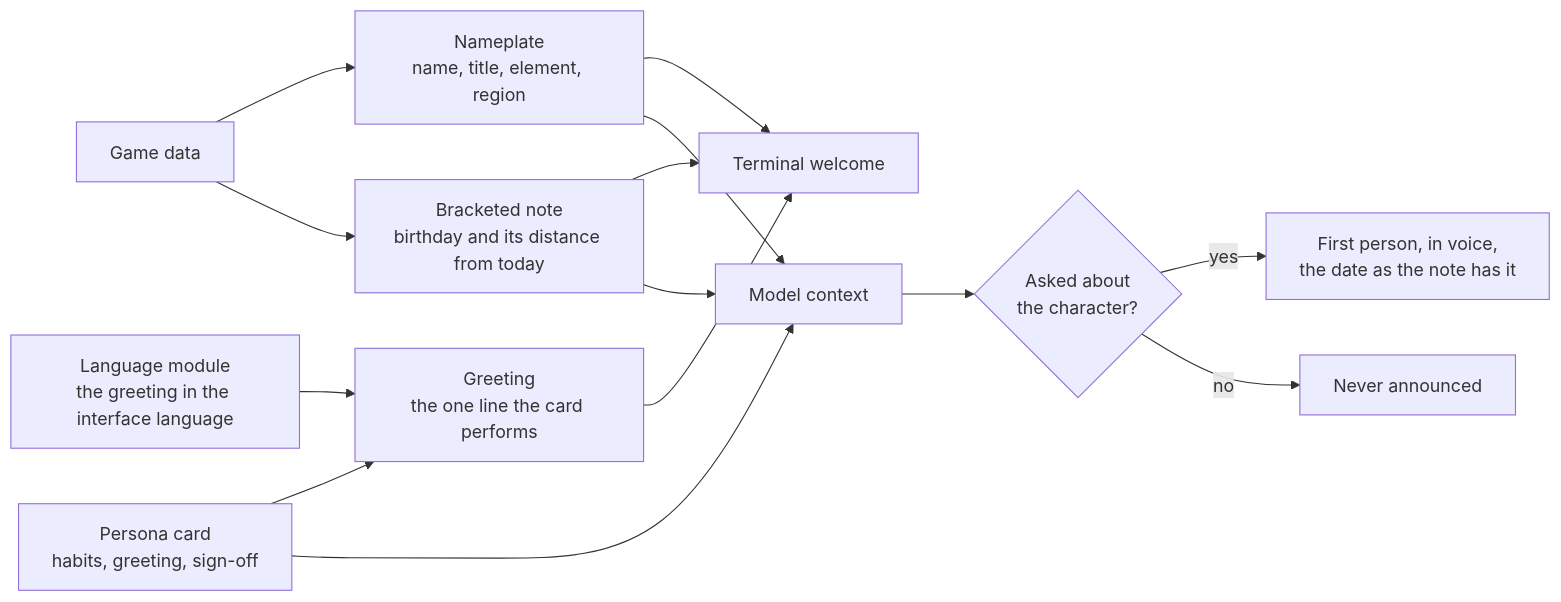
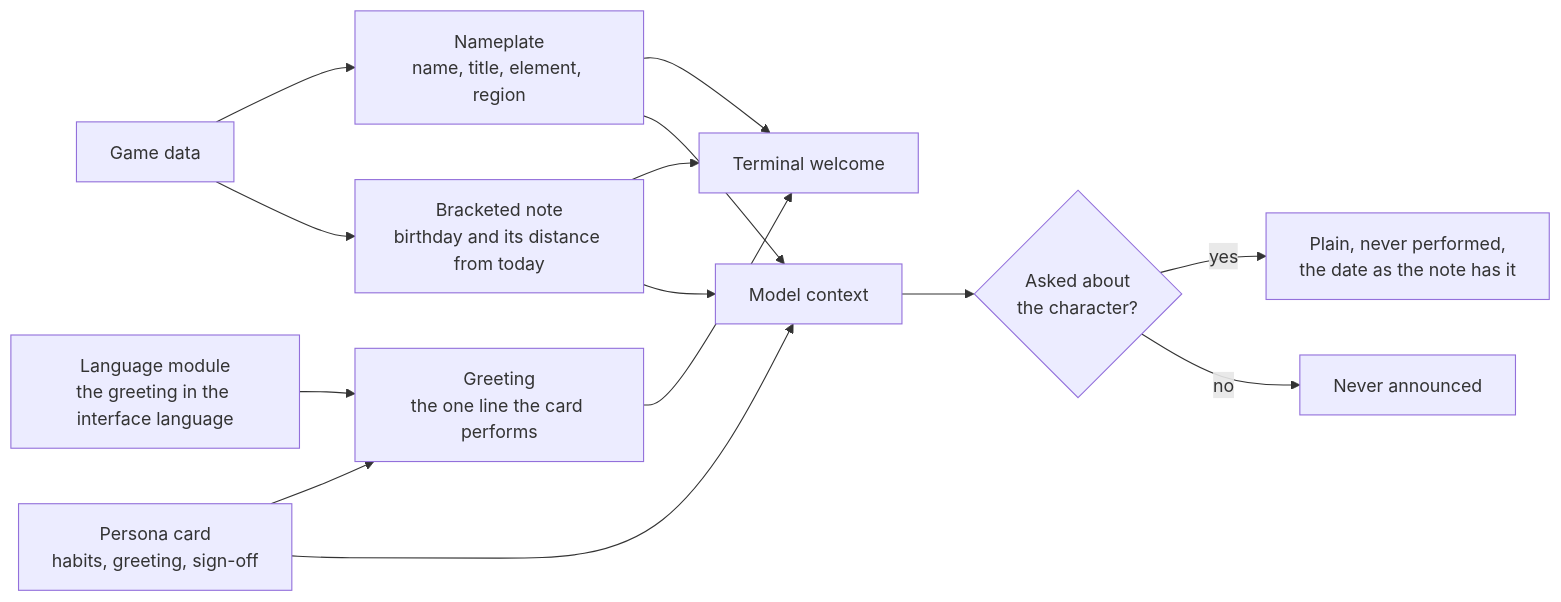
Before and after one commit to Esposter/Esposter: the fourth of 6 diagrams in apps/web/content/docs/infra/claude-interface/persona-plugin.md, drawn with Mermaid. The commit also changed other lines of this file, not shown here.

````diff
--- a/apps/web/content/docs/infra/claude-interface/persona-plugin.md
+++ b/apps/web/content/docs/infra/claude-interface/persona-plugin.md
@@ -152,25 +152,25 @@
 ```mermaid
 flowchart LR
     Data["Game data"]
     PersonaCard["Persona card<br/>habits, greeting, sign-off"]
     Headline["Nameplate<br/>name, title, element, region"]
     Note["Bracketed note<br/>birthday and its distance from today"]
     Language["Language module<br/>the greeting in the interface language"]
     Greeting["Greeting<br/>the one line the card performs"]
     Terminal["Terminal welcome"]
     Context["Model context"]
     Asked{Asked about<br/>the character?}
-    Answer["First person, in voice,<br/>the date as the note has it"]
+    Answer["Plain, never performed,<br/>the date as the note has it"]
     Silent["Never announced"]
 
     Data --> Headline --> Terminal
     Data --> Note --> Terminal
     PersonaCard --> Greeting --> Terminal
     Language --> Greeting
     Headline --> Context
     Note --> Context
     PersonaCard --> Context
     Context --> Asked
     Asked -- yes --> Answer
     Asked -- no --> Silent
 ```
````
